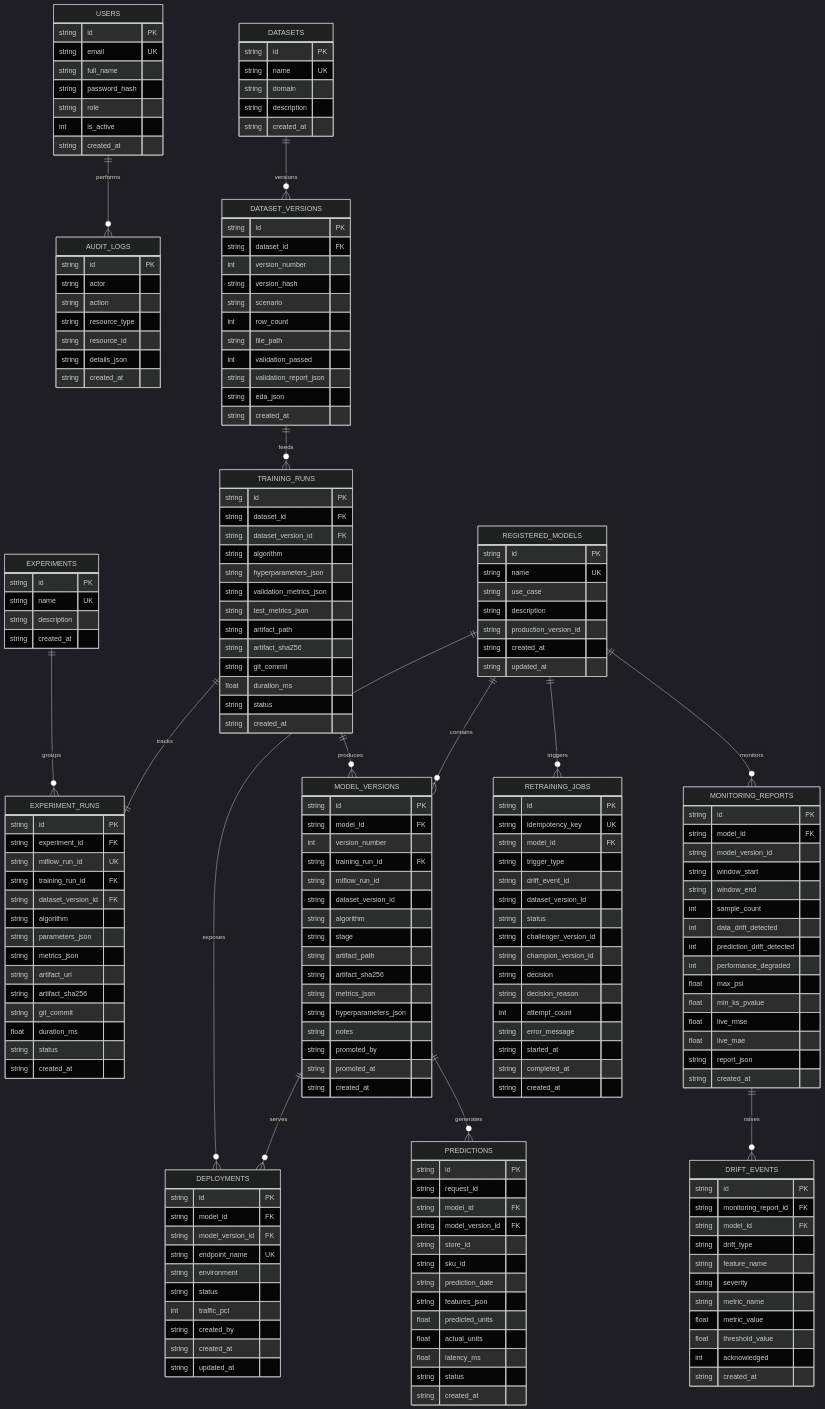
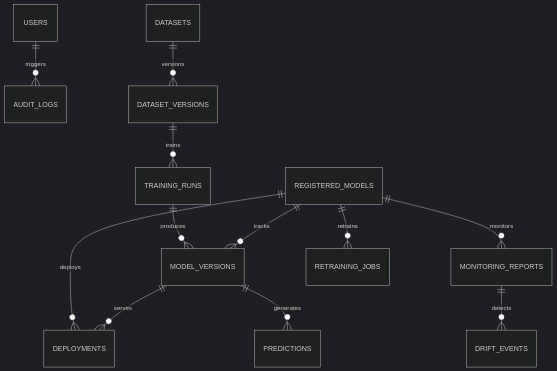
Before and after one commit to Chirag240105/MlOps360: the third of 3 diagrams in README.md, drawn with Mermaid (dark theme). The commit also changed other lines of this file, not shown here.

````diff
--- a/README.md
+++ b/README.md
@@ -713,207 +310,14 @@
 ```mermaid
 erDiagram
-    USERS ||--o{ AUDIT_LOGS : "performs"
+    USERS ||--o{ AUDIT_LOGS : "triggers"
     DATASETS ||--o{ DATASET_VERSIONS : "versions"
-    DATASET_VERSIONS ||--o{ TRAINING_RUNS : "feeds"
-    EXPERIMENTS ||--o{ EXPERIMENT_RUNS : "groups"
-    TRAINING_RUNS ||--|| EXPERIMENT_RUNS : "tracks"
+    DATASET_VERSIONS ||--o{ TRAINING_RUNS : "trains"
     TRAINING_RUNS ||--o{ MODEL_VERSIONS : "produces"
-    REGISTERED_MODELS ||--o{ MODEL_VERSIONS : "contains"
-    REGISTERED_MODELS ||--o{ DEPLOYMENTS : "exposes"
+    REGISTERED_MODELS ||--o{ MODEL_VERSIONS : "tracks"
+    REGISTERED_MODELS ||--o{ DEPLOYMENTS : "deploys"
     MODEL_VERSIONS ||--o{ DEPLOYMENTS : "serves"
     MODEL_VERSIONS ||--o{ PREDICTIONS : "generates"
     REGISTERED_MODELS ||--o{ MONITORING_REPORTS : "monitors"
-    MONITORING_REPORTS ||--o{ DRIFT_EVENTS : "raises"
-    REGISTERED_MODELS ||--o{ RETRAINING_JOBS : "triggers"
-
-    USERS {
-        string id PK
-        string email UK
-        string full_name
-        string password_hash
-        string role
-        int is_active
-        string created_at
-    }
-
-    DATASETS {
-        string id PK
-        string name UK
-        string domain
-        string description
-        string created_at
-    }
-
-    DATASET_VERSIONS {
-        string id PK
-        string dataset_id FK
-        int version_number
-        string version_hash
-        string scenario
-        int row_count
-        string file_path
-        int validation_passed
-        string validation_report_json
-        string eda_json
-        string created_at
-    }
-
-    TRAINING_RUNS {
-        string id PK
-        string dataset_id FK
-        string dataset_version_id FK
-        string algorithm
-        string hyperparameters_json
-        string validation_metrics_json
-        string test_metrics_json
-        string artifact_path
-        string artifact_sha256
-        string git_commit
-        float duration_ms
-        string status
-        string created_at
-    }
-
-    EXPERIMENTS {
-        string id PK
-        string name UK
-        string description
-        string created_at
-    }
-
-    EXPERIMENT_RUNS {
-        string id PK
-        string experiment_id FK
-        string mlflow_run_id UK
-        string training_run_id FK
-        string dataset_version_id FK
-        string algorithm
-        string parameters_json
-        string metrics_json
-        string artifact_uri
-        string artifact_sha256
-        string git_commit
-        float duration_ms
-        string status
-        string created_at
-    }
-
-    REGISTERED_MODELS {
-        string id PK
-        string name UK
-        string use_case
-        string description
-        string production_version_id
-        string created_at
-        string updated_at
-    }
-
-    MODEL_VERSIONS {
-        string id PK
-        string model_id FK
-        int version_number
-        string training_run_id FK
-        string mlflow_run_id
-        string dataset_version_id
-        string algorithm
-        string stage
-        string artifact_path
-        string artifact_sha256
-        string metrics_json
-        string hyperparameters_json
-        string notes
-        string promoted_by
-        string promoted_at
-        string created_at
-    }
-
-    DEPLOYMENTS {
-        string id PK
-        string model_id FK
-        string model_version_id FK
-        string endpoint_name UK
-        string environment
-        string status
-        int traffic_pct
-        string created_by
-        string created_at
-        string updated_at
-    }
-
-    PREDICTIONS {
-        string id PK
-        string request_id
-        string model_id FK
-        string model_version_id FK
-        string store_id
-        string sku_id
-        string prediction_date
-        string features_json
-        float predicted_units
-        float actual_units
-        float latency_ms
-        string status
-        string created_at
-    }
-
-    MONITORING_REPORTS {
-        string id PK
-        string model_id FK
-        string model_version_id
-        string window_start
-        string window_end
-        int sample_count
-        int data_drift_detected
-        int prediction_drift_detected
-        int performance_degraded
-        float max_psi
-        float min_ks_pvalue
-        float live_rmse
-        float live_mae
-        string report_json
-        string created_at
-    }
-
-    DRIFT_EVENTS {
-        string id PK
-        string monitoring_report_id FK
-        string model_id FK
-        string drift_type
-        string feature_name
-        string severity
-        string metric_name
-        float metric_value
-        float threshold_value
-        int acknowledged
-        string created_at
-    }
-
-    RETRAINING_JOBS {
-        string id PK
-        string idempotency_key UK
-        string model_id FK
-        string trigger_type
-        string drift_event_id
-        string dataset_version_id
-        string status
-        string challenger_version_id
-        string champion_version_id
-        string decision
-        string decision_reason
-        int attempt_count
-        string error_message
-        string started_at
-        string completed_at
-        string created_at
-    }
-
-    AUDIT_LOGS {
-        string id PK
-        string actor
-        string action
-        string resource_type
-        string resource_id
-        string details_json
-        string created_at
-    }
+    MONITORING_REPORTS ||--o{ DRIFT_EVENTS : "detects"
+    REGISTERED_MODELS ||--o{ RETRAINING_JOBS : "retrains"
 ```
````
